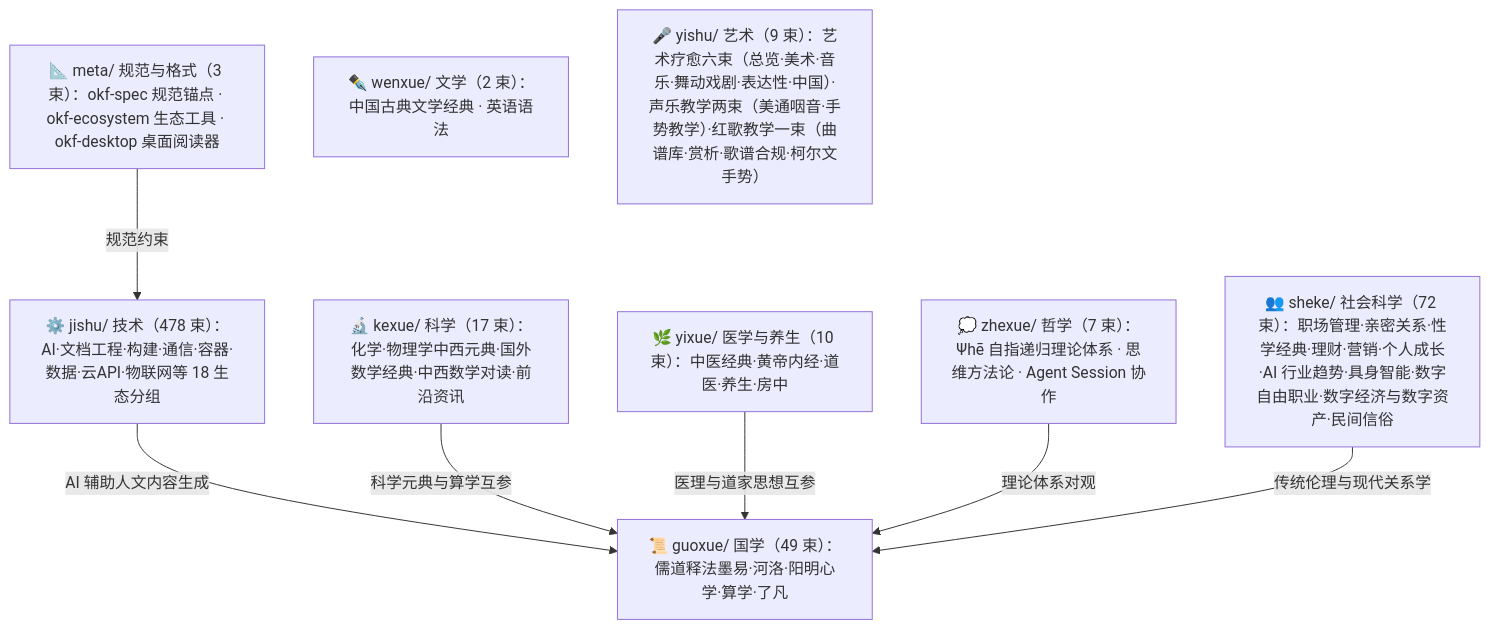
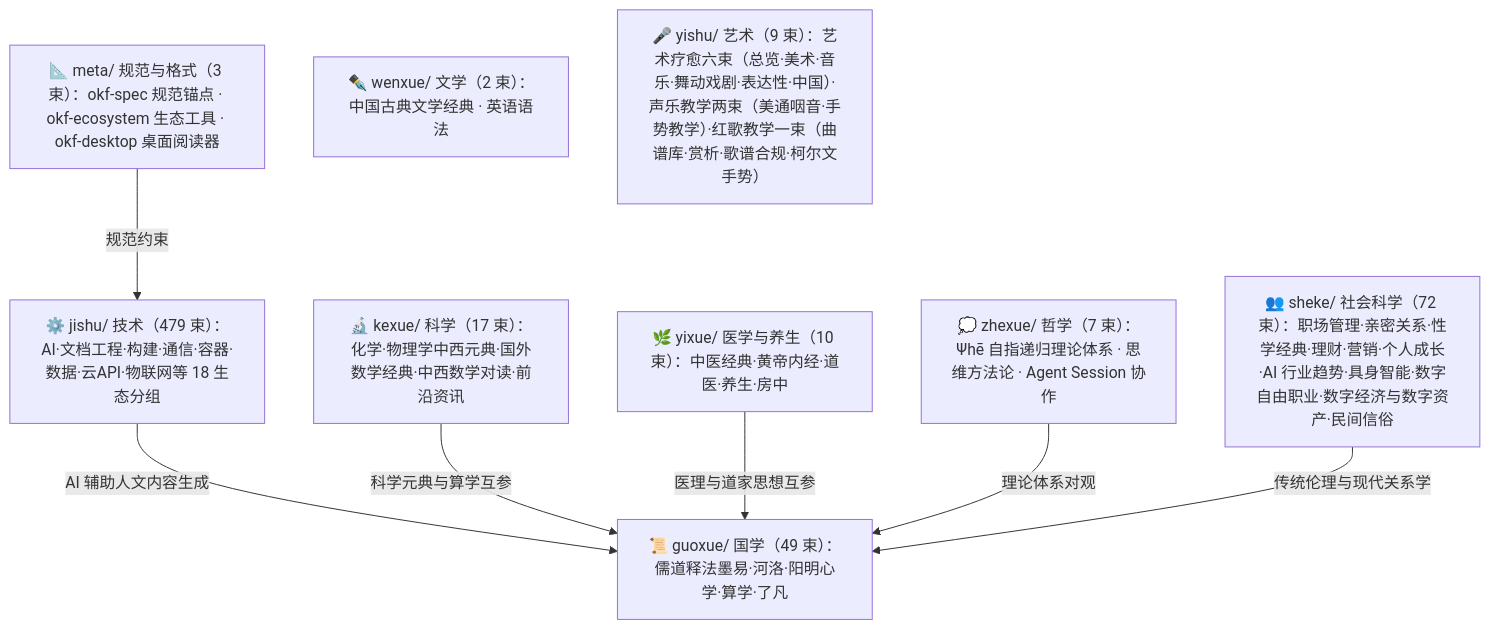
One commit to awesome-flexloop/awesome-okf changed the diagram in doc/bundles/index.md. Above: the diagram before and after it, drawn with Mermaid. The commit also changed other lines of this file and 12 other files, not shown here.

````diff
--- a/doc/bundles/index.md
+++ b/doc/bundles/index.md
@@ -21,18 +21,18 @@
 ```mermaid
 flowchart TD
     meta["📐 meta/ 规范与格式（3 束）：okf-spec 规范锚点 · okf-ecosystem 生态工具 · okf-desktop 桌面阅读器"]
     guoxue["📜 guoxue/ 国学（49 束）：儒道释法墨易·河洛·阳明心学·算学·了凡"]
     zhexue["💭 zhexue/ 哲学（7 束）：Ψhē 自指递归理论体系 · 思维方法论 · Agent Session 协作"]
     kexue["🔬 kexue/ 科学（17 束）：化学·物理学中西元典·国外数学经典·中西数学对读·前沿资讯"]
     wenxue["✒️ wenxue/ 文学（2 束）：中国古典文学经典 · 英语语法"]
     yixue["🌿 yixue/ 医学与养生（10 束）：中医经典·黄帝内经·道医·养生·房中"]
     sheke["👥 sheke/ 社会科学（72 束）：职场管理·亲密关系·性学经典·理财·营销·个人成长·AI 行业趋势·具身智能·数字自由职业·数字经济与数字资产·民间信俗"]
     yishu["🎤 yishu/ 艺术（9 束）：艺术疗愈六束（总览·美术·音乐·舞动戏剧·表达性·中国）·声乐教学两束（美通咽音·手势教学）·红歌教学一束（曲谱库·赏析·歌谱合规·柯尔文手势）"]
-    jishu["⚙️ jishu/ 技术（478 束）：AI·文档工程·构建·通信·容器·数据·云API·物联网等 18 生态分组"]
+    jishu["⚙️ jishu/ 技术（479 束）：AI·文档工程·构建·通信·容器·数据·云API·物联网等 18 生态分组"]
     meta -->|"规范约束"| jishu
     jishu -->|"AI 辅助人文内容生成"| guoxue
     kexue -->|"科学元典与算学互参"| guoxue
     yixue -->|"医理与道家思想互参"| guoxue
     zhexue -->|"理论体系对观"| guoxue
     sheke -->|"传统伦理与现代关系学"| guoxue
 ```
````
